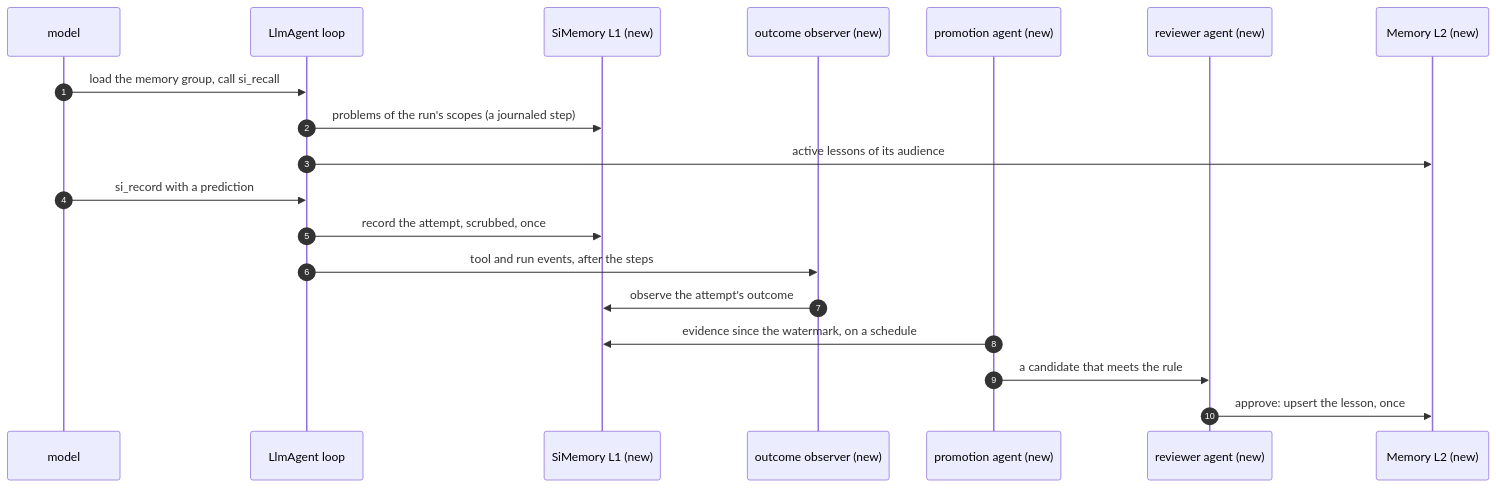
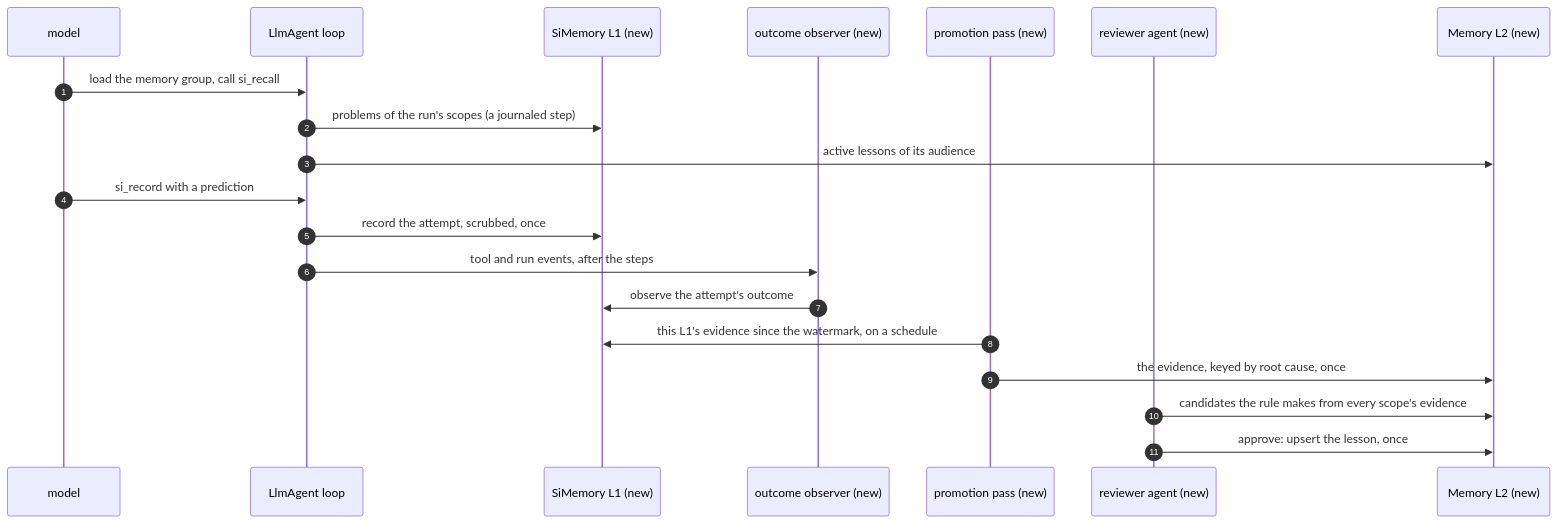
Before and after one commit to vymalo/another-adam-rs: the second of 3 diagrams in docs/decisions/0081-an-agent-keeps-a-self-improvement-memory-near-it-and-what-holds-becomes-the-deployments-memory.md, drawn with Mermaid. The commit also changed other lines of this file and 2 other files, not shown here.

First line of the commit message:
docs(adr): 0081 takes the cache's shape: L1 is every local memory, L2 every remote one, and the adapter sets L2's scope

````diff
--- a/docs/decisions/0081-an-agent-keeps-a-self-improvement-memory-near-it-and-what-holds-becomes-the-deployments-memory.md
+++ b/docs/decisions/0081-an-agent-keeps-a-self-improvement-memory-near-it-and-what-holds-becomes-the-deployments-memory.md
@@ -82,21 +124,22 @@
 ```mermaid
 sequenceDiagram
     autonumber
     participant M as model
     participant L as LlmAgent loop
     participant S as SiMemory L1 (new)
     participant O as outcome observer (new)
-    participant P as promotion agent (new)
+    participant P as promotion pass (new)
     participant R as reviewer agent (new)
     participant G as Memory L2 (new)
     M->>L: load the memory group, call si_recall
     L->>S: problems of the run's scopes (a journaled step)
     L->>G: active lessons of its audience
     M->>L: si_record with a prediction
     L->>S: record the attempt, scrubbed, once
     L->>O: tool and run events, after the steps
     O->>S: observe the attempt's outcome
-    P->>S: evidence since the watermark, on a schedule
-    P->>R: a candidate that meets the rule
+    P->>S: this L1's evidence since the watermark, on a schedule
+    P->>G: the evidence, keyed by root cause, once
+    R->>G: candidates the rule makes from every scope's evidence
     R->>G: approve: upsert the lesson, once
 ```
````
